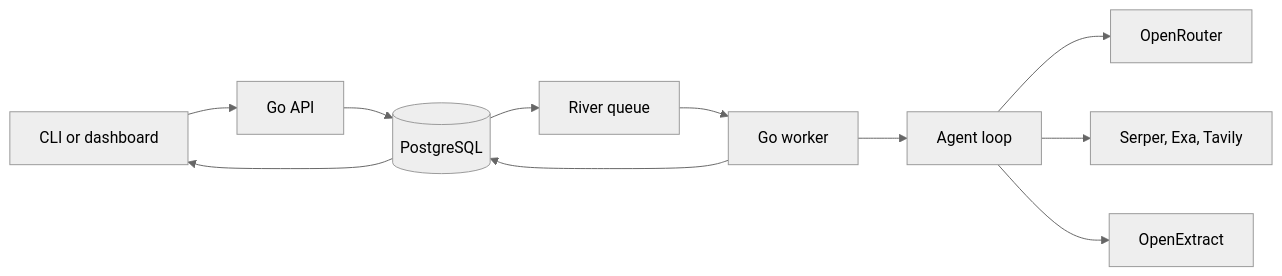
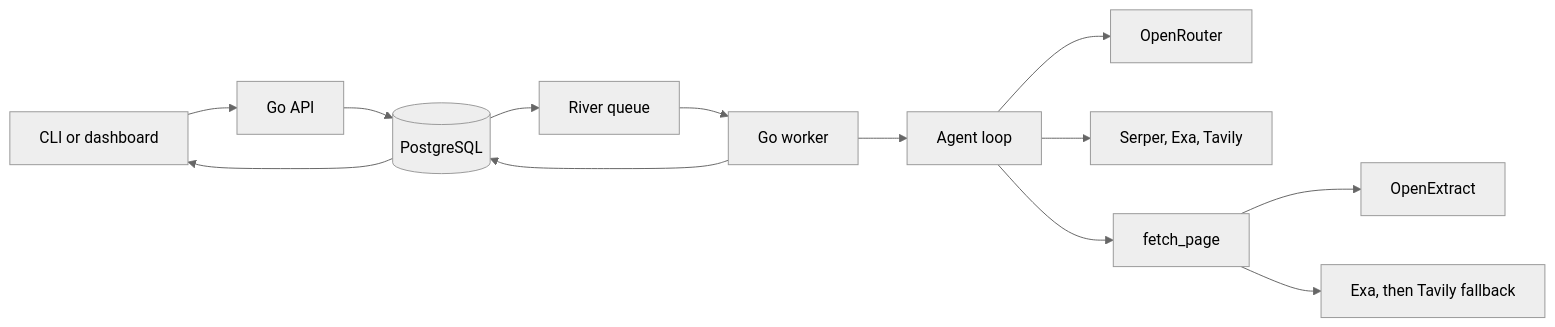
Before and after one commit to simonbalfe/freegent: the diagram in docs/architecture.md, drawn with Mermaid (neutral theme). The commit also changed other lines of this file and 38 other files, not shown here.

````diff
--- a/docs/architecture.md
+++ b/docs/architecture.md
@@ -5,13 +5,15 @@
 ```mermaid
 flowchart LR
     User[CLI or dashboard] --> API[Go API]
     API --> DB[(PostgreSQL)]
     DB --> River[River queue]
     River --> Worker[Go worker]
     Worker --> Agent[Agent loop]
     Agent --> Model[OpenRouter]
     Agent --> Search[Serper, Exa, Tavily]
-    Agent --> Extract[OpenExtract]
+    Agent --> Fetch[fetch_page]
+    Fetch --> Extract[OpenExtract]
+    Fetch --> Managed[Exa, then Tavily fallback]
     Worker --> DB
     DB --> User
 ```
````
